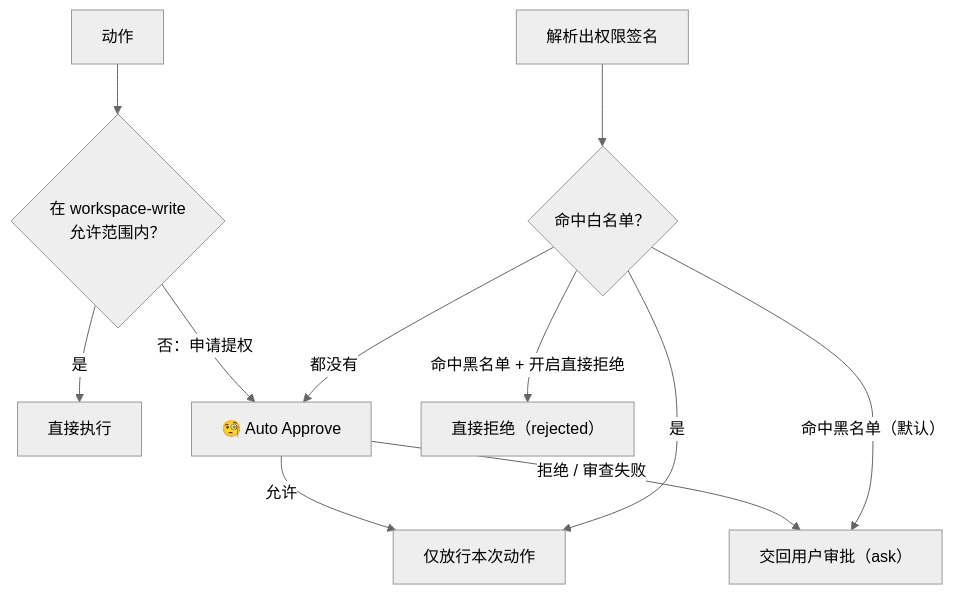
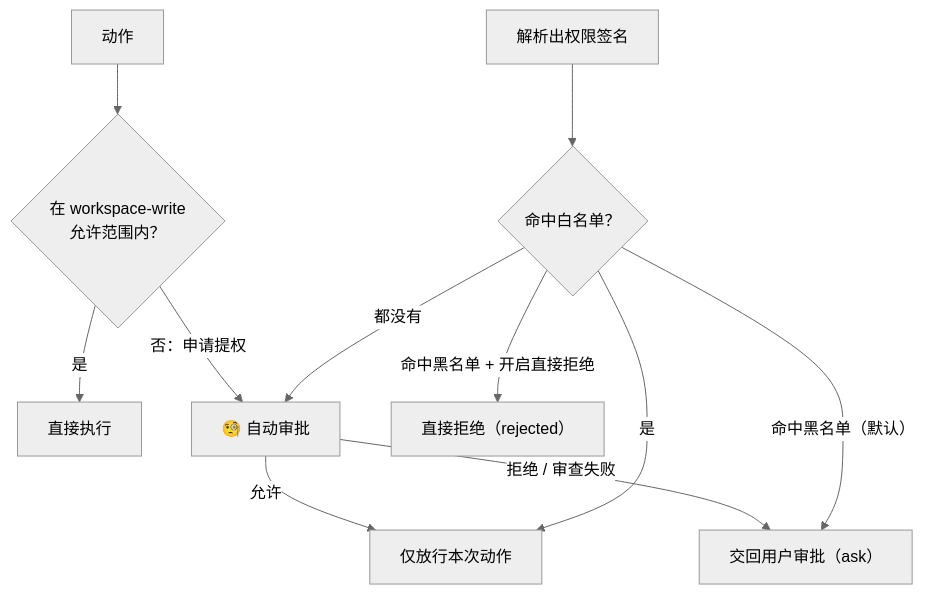
One commit to sujingkpo/dsh-auto-pass changed the diagram in README.zh.md. Above: the diagram before and after it, drawn with Mermaid (neutral theme). The commit also changed other lines of this file and 6 other files, not shown here.

````diff
--- a/README.zh.md
+++ b/README.zh.md
@@ -23,13 +21,13 @@
 ```mermaid
 flowchart TD
     action["动作"] --> sandbox{"在 workspace-write<br/>允许范围内？"}
     sandbox -- 是 --> execute["直接执行"]
-    sandbox -- "否：申请提权" --> review["🧐 Auto Approve"]
+    sandbox -- "否：申请提权" --> review["🧐 自动审批"]
     review -- 允许 --> approved["仅放行本次动作"]
     review -- "拒绝 / 审查失败" --> deferred["交回用户审批（ask）"]
     exact["解析出权限签名"] --> lists{"命中白名单？"}
     lists -- 是 --> approved
     lists -- "命中黑名单（默认）" --> deferred
     lists -- "命中黑名单 + 开启直接拒绝" --> rejected["直接拒绝（rejected）"]
     lists -- 都没有 --> review
 ```
````
